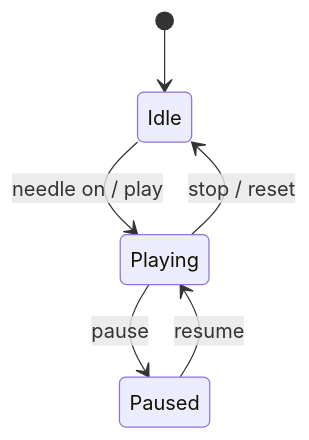
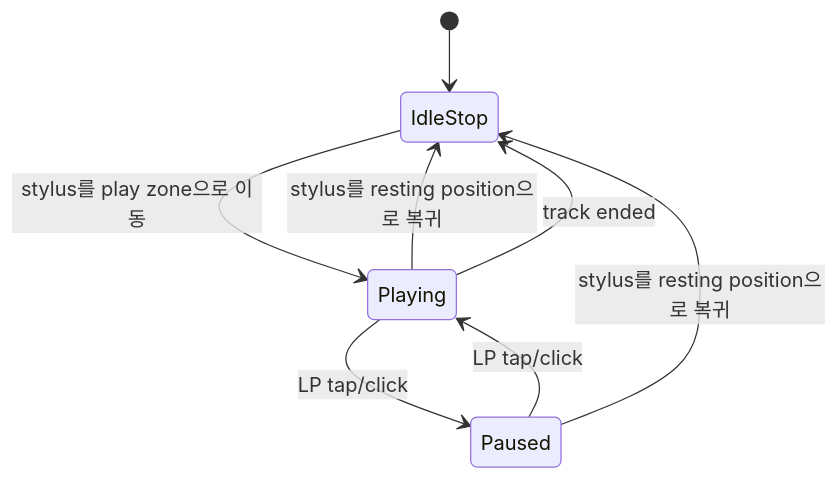
Diagram 19 of 20 in docs/product/USER_FLOW.md (Skylar-Ahn/Resonance), drawn with Mermaid before and after one commit. The commit also changed other lines of this file and 37 other files, not shown here.

Commit message:
Refine seat recommendations and performance review archiving flows

````diff
--- a/docs/product/USER_FLOW.md
+++ b/docs/product/USER_FLOW.md
@@ -770,8 +799,10 @@
 ```mermaid
 stateDiagram-v2
-    [*] --> Idle
-    Idle --> Playing: needle on / play
-    Playing --> Paused: pause
-    Paused --> Playing: resume
-    Playing --> Idle: stop / reset
+    [*] --> IdleStop
+    IdleStop --> Playing: stylus를 play zone으로 이동
+    Playing --> Paused: LP tap/click
+    Paused --> Playing: LP tap/click
+    Playing --> IdleStop: stylus를 resting position으로 복귀
+    Paused --> IdleStop: stylus를 resting position으로 복귀
+    Playing --> IdleStop: track ended
 ```
````
